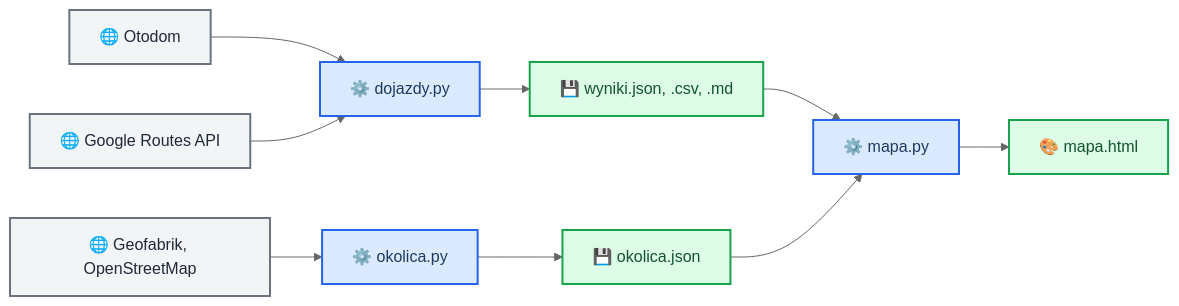
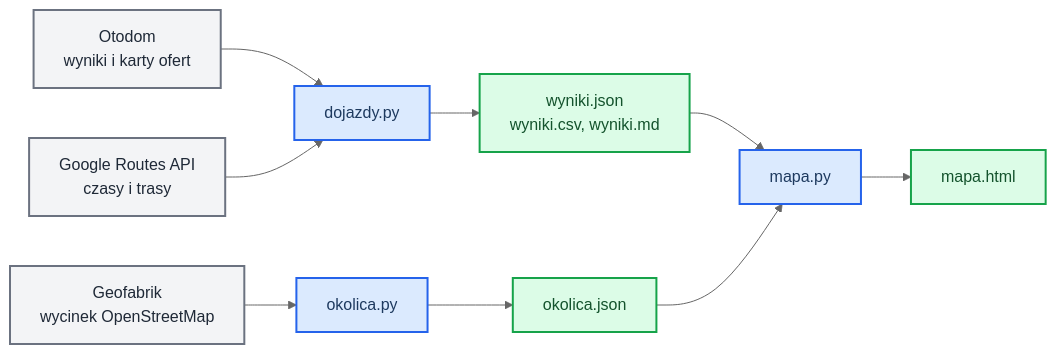
The diagram in README.md (Juzekkk/commute-ranker), drawn with Mermaid (neutral theme) before and after one commit. The commit also changed other lines of this file and 6 other files, not shown here.

````diff
--- a/README.md
+++ b/README.md
@@ -33,28 +55,28 @@
 ```mermaid
 flowchart LR
     accTitle: Przepływ danych w projekcie
     accDescr: dojazdy.py łączy oferty z Otodom z czasami i trasami z Google, okolica.py zamienia wycinek OpenStreetMap w okolica.json, a mapa.py składa oba wyniki w stronę mapa.html.
-    otodom["🌐 Otodom"]
-    google_routes["🌐 Google Routes API"]
-    geofabrik["🌐 Geofabrik, OpenStreetMap"]
-    dojazdy_py["⚙️ dojazdy.py"]
-    okolica_py["⚙️ okolica.py"]
-    mapa_py["⚙️ mapa.py"]
-    wyniki_json["💾 wyniki.json, .csv, .md"]
-    okolica_json["💾 okolica.json"]
-    mapa_html["🎨 mapa.html"]
-    otodom --> dojazdy_py
-    google_routes --> dojazdy_py
-    dojazdy_py --> wyniki_json
-    geofabrik --> okolica_py
-    okolica_py --> okolica_json
-    wyniki_json --> mapa_py
-    okolica_json --> mapa_py
-    mapa_py --> mapa_html
+    otodom["Otodom<br/>wyniki i karty ofert"]
+    google["Google Routes API<br/>czasy i trasy"]
+    osm["Geofabrik<br/>wycinek OpenStreetMap"]
+    dojazdy["dojazdy.py"]
+    okolica["okolica.py"]
+    mapa["mapa.py"]
+    wyniki["wyniki.json<br/>wyniki.csv, wyniki.md"]
+    okolica_json["okolica.json"]
+    html["mapa.html"]
+    otodom --> dojazdy
+    google --> dojazdy
+    dojazdy --> wyniki
+    osm --> okolica
+    okolica --> okolica_json
+    wyniki --> mapa
+    okolica_json --> mapa
+    mapa --> html
     classDef source fill:#f3f4f6,stroke:#6b7280,stroke-width:2px,color:#1f2937
     classDef script fill:#dbeafe,stroke:#2563eb,stroke-width:2px,color:#1e3a5f
     classDef output fill:#dcfce7,stroke:#16a34a,stroke-width:2px,color:#14532d
-    class otodom,google_routes,geofabrik source
-    class dojazdy_py,okolica_py,mapa_py script
-    class wyniki_json,okolica_json,mapa_html output
+    class otodom,google,osm source
+    class dojazdy,okolica,mapa script
+    class wyniki,okolica_json,html output
 ```
````
